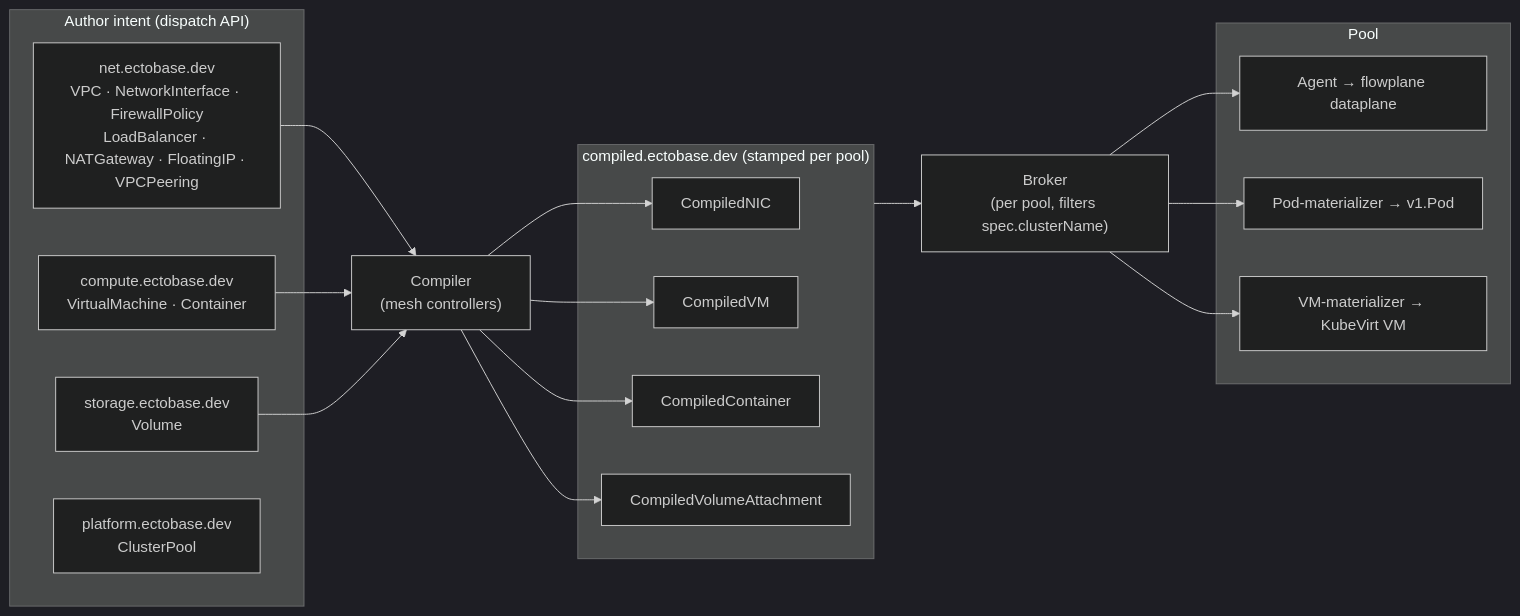
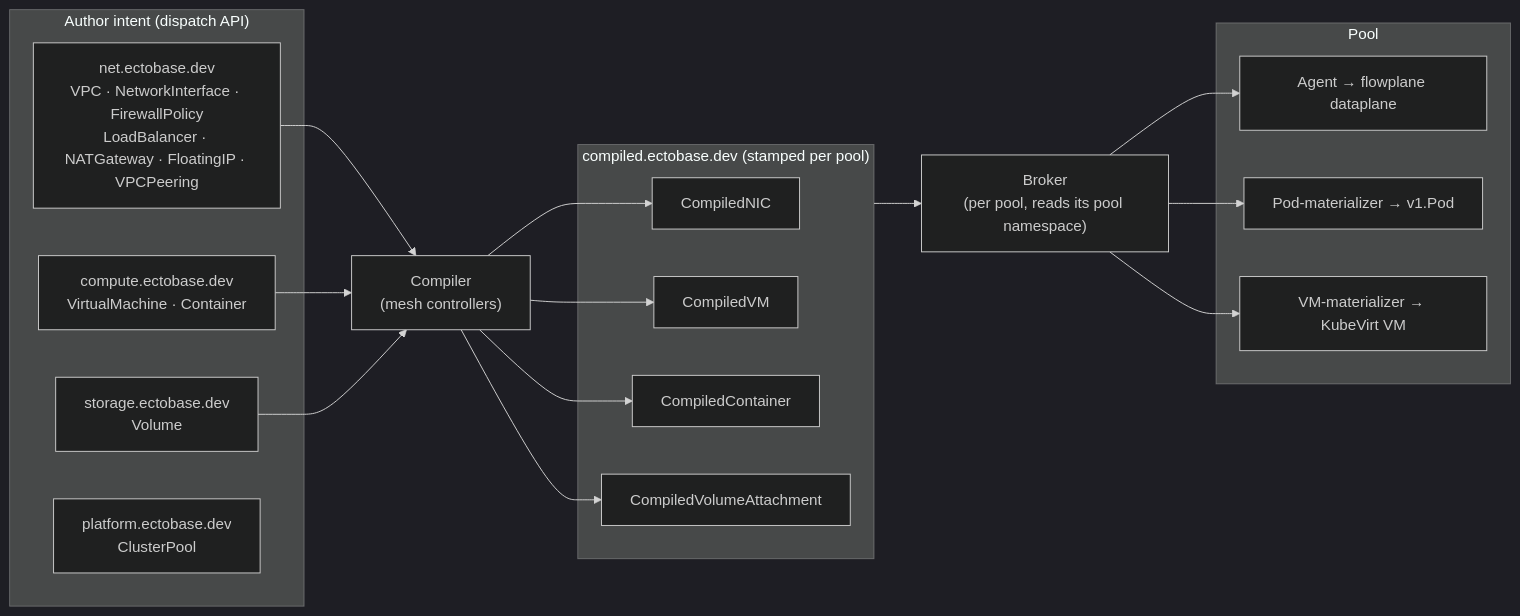
Before and after one commit to trevex/ectobase: the diagram in docs/concepts/intent-to-datapath.md, drawn with Mermaid (dark theme). The commit also changed other lines of this file and 29 other files, not shown here.

First line of the commit message:
docs: re-truth after the PKI rename, per-pool scoping, and XDP→tcx

````diff
--- a/docs/concepts/intent-to-datapath.md
+++ b/docs/concepts/intent-to-datapath.md
@@ -14,35 +14,35 @@
 ```mermaid
 flowchart LR
     subgraph author["Author intent (dispatch API)"]
         net["net.ectobase.dev<br/>VPC · NetworkInterface · FirewallPolicy<br/>LoadBalancer · NATGateway · FloatingIP · VPCPeering"]
         compute["compute.ectobase.dev<br/>VirtualMachine · Container"]
         storage["storage.ectobase.dev<br/>Volume"]
         platform["platform.ectobase.dev<br/>ClusterPool"]
     end
 
     compiler["Compiler<br/>(mesh controllers)"]
 
     subgraph compiled["compiled.ectobase.dev (stamped per pool)"]
         cnic["CompiledNIC"]
         cvm["CompiledVM"]
         cctr["CompiledContainer"]
         cva["CompiledVolumeAttachment"]
     end
 
-    broker["Broker<br/>(per pool, filters spec.clusterName)"]
+    broker["Broker<br/>(per pool, reads its pool namespace)"]
 
     subgraph pool["Pool"]
         agent["Agent → flowplane dataplane"]
         podmat["Pod-materializer → v1.Pod"]
         vmmat["VM-materializer → KubeVirt VM"]
     end
 
     net --> compiler
     compute --> compiler
     storage --> compiler
     compiler --> cnic & cvm & cctr & cva
     compiled --> broker
     broker --> agent
     broker --> podmat
     broker --> vmmat
 ```
````
